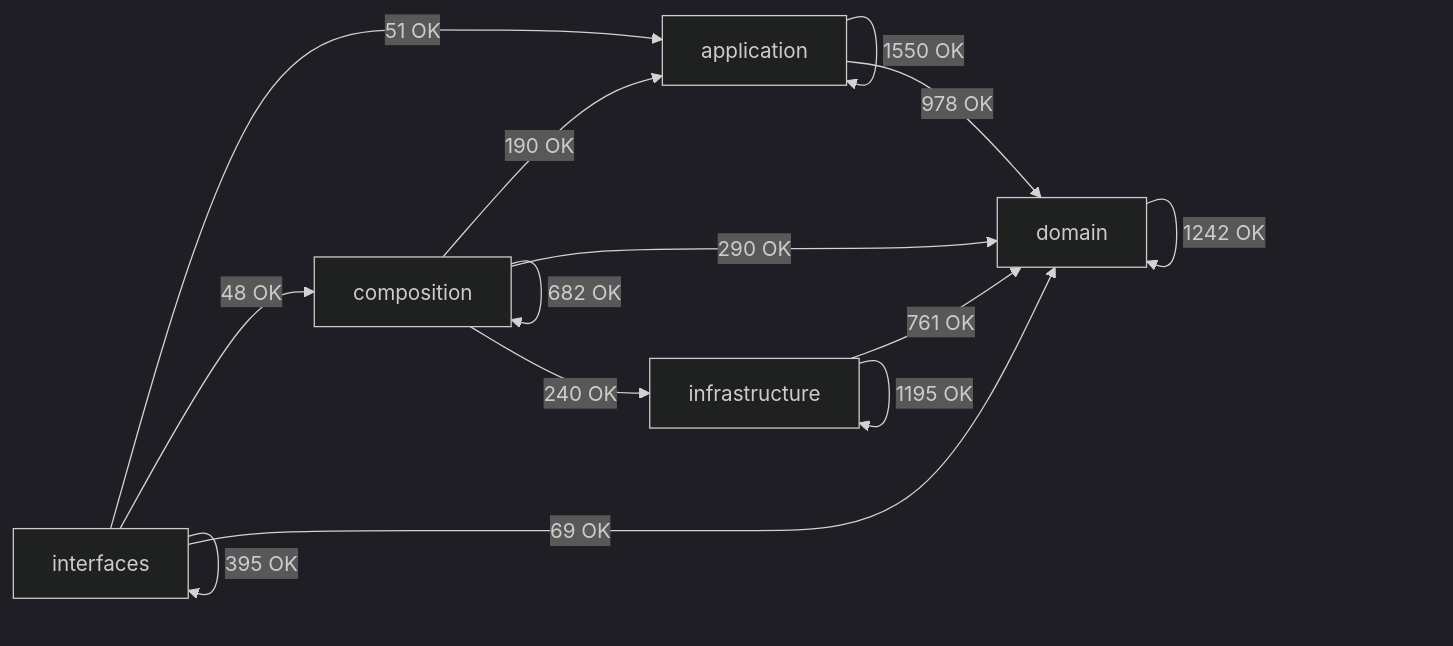
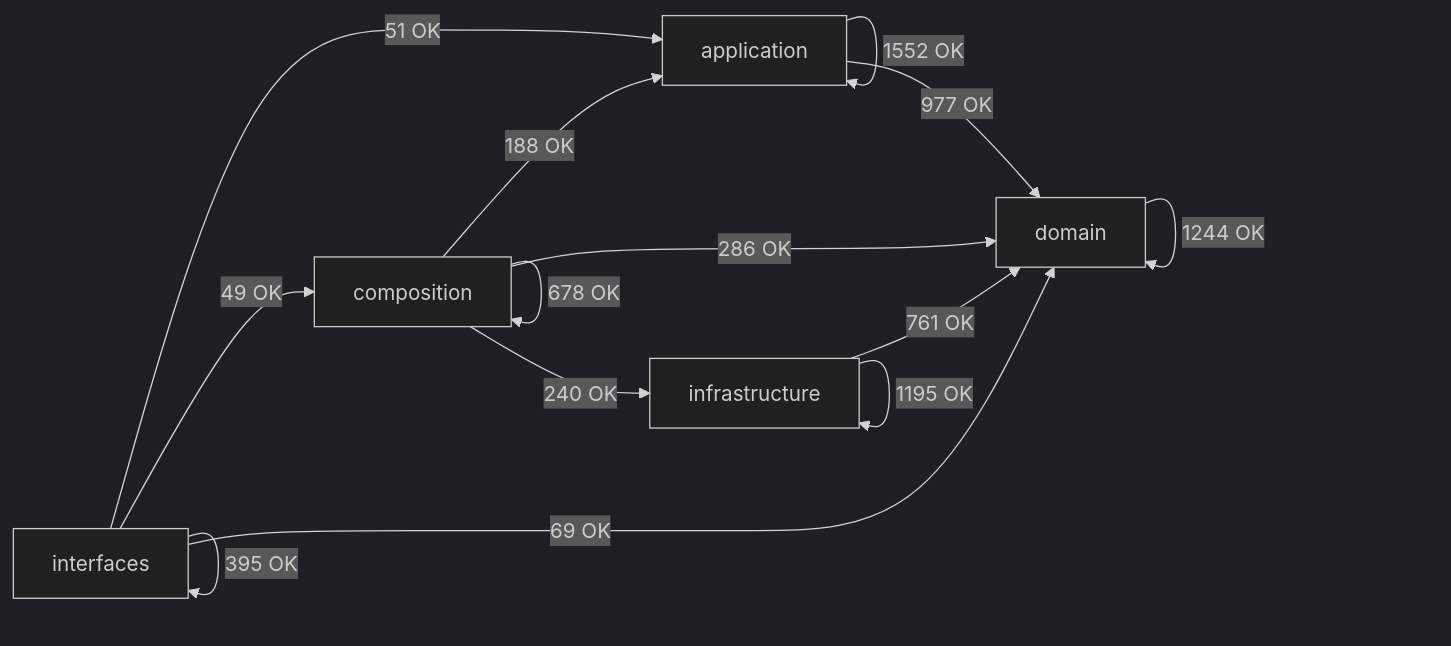
Before and after one commit to SatoryKono/BioactivityDataAcquisition: the diagram in docs/02-architecture/generated/module-dependency-map.md, drawn with Mermaid (dark theme). The commit also changed other lines of this file and 15 other files, not shown here.

````diff
--- a/docs/02-architecture/generated/module-dependency-map.md
+++ b/docs/02-architecture/generated/module-dependency-map.md
@@ -17,21 +17,21 @@
 ```mermaid
 flowchart LR
     domain[domain]
     application[application]
     infrastructure[infrastructure]
     composition[composition]
     interfaces[interfaces]
-    application -->|1550 OK| application
-    application -->|978 OK| domain
-    composition -->|190 OK| application
-    composition -->|682 OK| composition
-    composition -->|290 OK| domain
+    application -->|1552 OK| application
+    application -->|977 OK| domain
+    composition -->|188 OK| application
+    composition -->|678 OK| composition
+    composition -->|286 OK| domain
     composition -->|240 OK| infrastructure
-    domain -->|1242 OK| domain
+    domain -->|1244 OK| domain
     infrastructure -->|761 OK| domain
     infrastructure -->|1195 OK| infrastructure
     interfaces -->|51 OK| application
-    interfaces -->|48 OK| composition
+    interfaces -->|49 OK| composition
     interfaces -->|69 OK| domain
     interfaces -->|395 OK| interfaces
 ```
````
